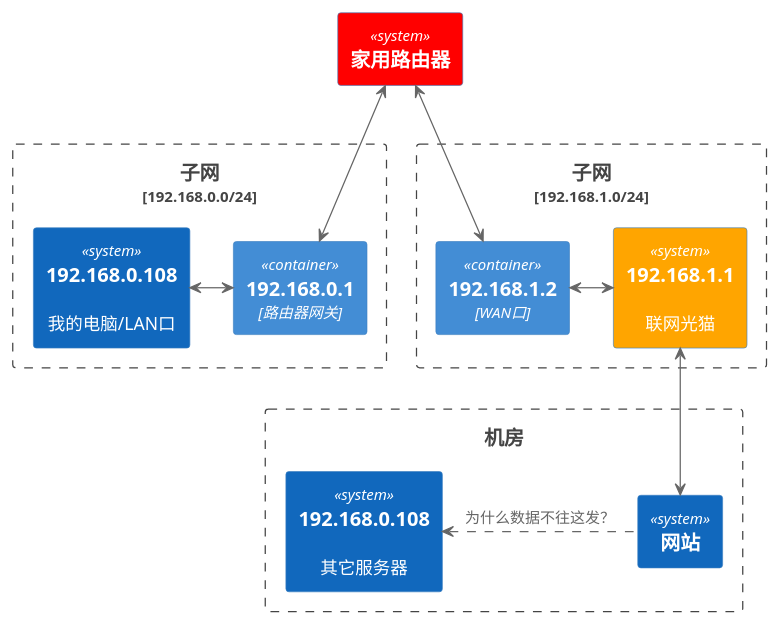
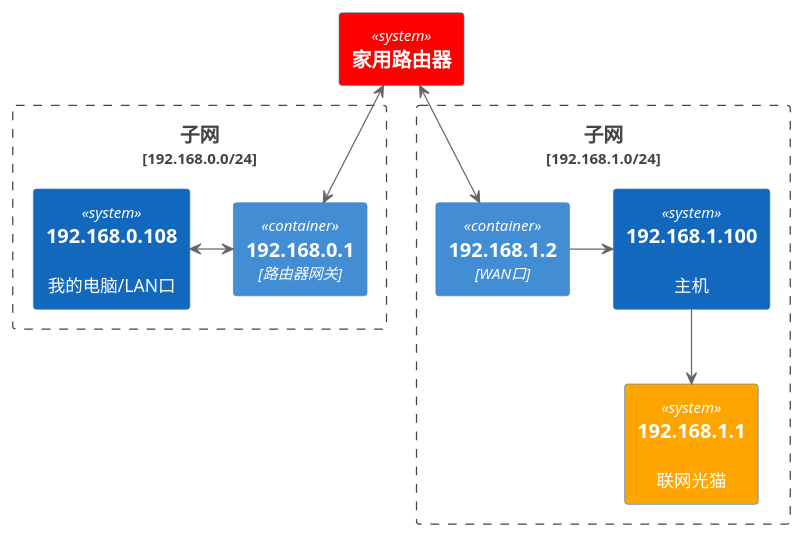
One commit to gardenerframework/impatiens changed the third of 3 diagrams in 云与虚拟化/网络/基础知识/nat网络地址转换介绍/readme.md. Above: the diagram before and after it, drawn with PlantUML. The commit also changed other lines of this file and 3 other files, not shown here.

````diff
--- a/云与虚拟化/网络/基础知识/nat网络地址转换介绍/readme.md
+++ b/云与虚拟化/网络/基础知识/nat网络地址转换介绍/readme.md
@@ -37,27 +274,23 @@
 ```plantuml
 @startuml
 !include  https://plantuml.s3.cn-north-1.jdcloud-oss.com/C4_Container.puml
 
 Boundary(子网1, 子网, 192.168.0.0/24) {
-System(主机1, 192.168.0.108, 我的电脑/LAN口)
-Container(port1, 192.168.0.1, 路由器网关)
-主机1<-r-> port1
+    System(主机1, 192.168.0.108, 我的电脑/LAN口)
+    Container(port1, 192.168.0.1, 路由器网关)
+    主机1<-r-> port1
 }
 Boundary(子网2, 子网, 192.168.1.0/24) {
-System(主机2, 192.168.1.1, 联网光猫) #orange
-Container(port2, 192.168.1.2, WAN口)
-port2 <-r-> 主机2
+    System(主机2, 192.168.1.1, 联网光猫) #orange
+    Container(port2, 192.168.1.2, WAN口)
+    System(主机3, 192.168.1.100, 主机)
+    port2 -r-> 主机3
+    主机3 --> 主机2
 }
 
-Boundary(机房, 机房) {
-    System(网站, 网站)
-    System(192.168.0.108, 192.168.0.108, 其它服务器)
-}
 
 System(路由器, 家用路由器) #red
 port1 <-u-> 路由器
 路由器 <--> port2
-主机2 <--> 网站
-网站 -[dashed]l->192.168.0.108: 为什么数据不往这发？
 @enduml
 ```
````
